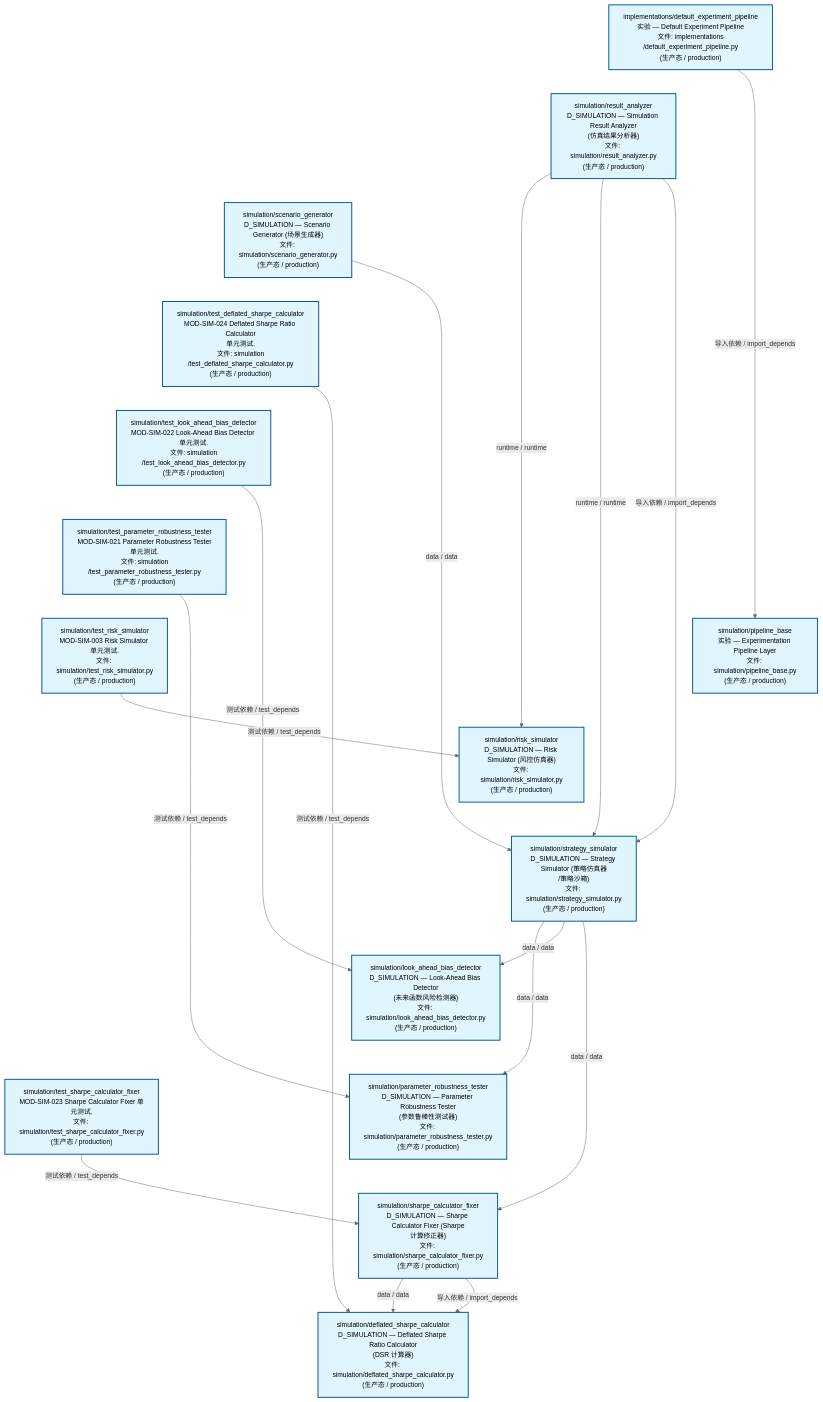
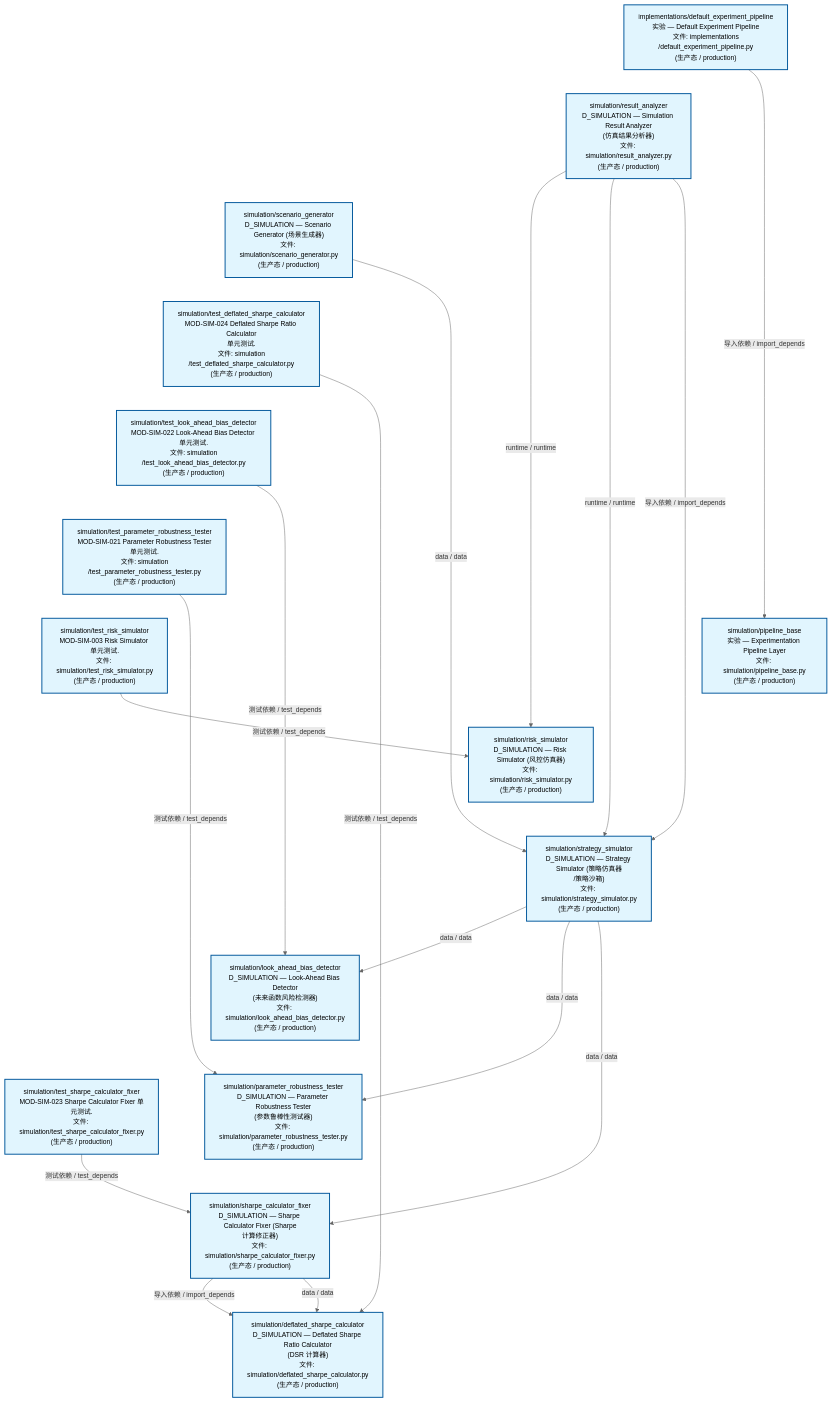
The second of 3 diagrams in docs/02_enterprise_architecture/02_domain_architecture_docs/70_d_simulation.md (xuanFelixVan/ZephyrAlpha), drawn with Mermaid before and after one commit. The commit also changed other lines of this file and 43 other files, not shown here.

````diff
--- a/docs/02_enterprise_architecture/02_domain_architecture_docs/70_d_simulation.md
+++ b/docs/02_enterprise_architecture/02_domain_architecture_docs/70_d_simulation.md
@@ -123,50 +123,50 @@
 ```mermaid
 %%{init: {'theme': 'base', 'themeVariables': {'primaryColor': '#eaeaea', 'primaryTextColor': '#333333', 'primaryBorderColor': '#666666', 'lineColor': '#666666', 'secondaryColor': '#eaeaea', 'tertiaryColor': '#eaeaea', 'fontSize': '14px'}}}%%
 flowchart TD
     src_zephyr_simulation_implementations_default_experiment_pipeline_py["implementations/default_experiment_pipeline<br/>实验 — Default Experiment Pipeline<br/>文件: implementations<br/>/default_experiment_pipeline.py<br/>(生产态 / production)"]
     src_zephyr_simulation_result_analyzer_py["simulation/result_analyzer<br/>D_SIMULATION — Simulation Result Analyzer<br/>(仿真结果分析器)<br/>文件: simulation/result_analyzer.py<br/>(生产态 / production)"]
     src_zephyr_simulation_scenario_generator_py["simulation/scenario_generator<br/>D_SIMULATION — Scenario Generator (场景生成器)<br/>文件: simulation/scenario_generator.py<br/>(生产态 / production)"]
     tests_simulation_test_deflated_sharpe_calculator_py["simulation/test_deflated_sharpe_calculator<br/>MOD-SIM-024 Deflated Sharpe Ratio Calculator<br/>单元测试.<br/>文件: simulation<br/>/test_deflated_sharpe_calculator.py<br/>(生产态 / production)"]
     tests_simulation_test_look_ahead_bias_detector_py["simulation/test_look_ahead_bias_detector<br/>MOD-SIM-022 Look-Ahead Bias Detector 单元测试.<br/>文件: simulation<br/>/test_look_ahead_bias_detector.py<br/>(生产态 / production)"]
     tests_simulation_test_parameter_robustness_tester_py["simulation/test_parameter_robustness_tester<br/>MOD-SIM-021 Parameter Robustness Tester<br/>单元测试.<br/>文件: simulation<br/>/test_parameter_robustness_tester.py<br/>(生产态 / production)"]
     tests_simulation_test_risk_simulator_py["simulation/test_risk_simulator<br/>MOD-SIM-003 Risk Simulator 单元测试.<br/>文件: simulation/test_risk_simulator.py<br/>(生产态 / production)"]
     tests_simulation_test_sharpe_calculator_fixer_py["simulation/test_sharpe_calculator_fixer<br/>MOD-SIM-023 Sharpe Calculator Fixer 单元测试.<br/>文件: simulation/test_sharpe_calculator_fixer.py<br/>(生产态 / production)"]
     src_zephyr_simulation_implementations_default_experiment_pipeline_py ~~~ src_zephyr_simulation_result_analyzer_py
     src_zephyr_simulation_result_analyzer_py ~~~ src_zephyr_simulation_scenario_generator_py
     src_zephyr_simulation_scenario_generator_py ~~~ tests_simulation_test_deflated_sharpe_calculator_py
     tests_simulation_test_deflated_sharpe_calculator_py ~~~ tests_simulation_test_look_ahead_bias_detector_py
     tests_simulation_test_look_ahead_bias_detector_py ~~~ tests_simulation_test_parameter_robustness_tester_py
     tests_simulation_test_parameter_robustness_tester_py ~~~ tests_simulation_test_risk_simulator_py
     tests_simulation_test_risk_simulator_py ~~~ tests_simulation_test_sharpe_calculator_fixer_py
     src_zephyr_simulation_pipeline_base_py["simulation/pipeline_base<br/>实验 — Experimentation Pipeline Layer<br/>文件: simulation/pipeline_base.py<br/>(生产态 / production)"]
     src_zephyr_simulation_risk_simulator_py["simulation/risk_simulator<br/>D_SIMULATION — Risk Simulator (风控仿真器)<br/>文件: simulation/risk_simulator.py<br/>(生产态 / production)"]
     src_zephyr_simulation_strategy_simulator_py["simulation/strategy_simulator<br/>D_SIMULATION — Strategy Simulator (策略仿真器<br/>/策略沙箱)<br/>文件: simulation/strategy_simulator.py<br/>(生产态 / production)"]
     src_zephyr_simulation_pipeline_base_py ~~~ src_zephyr_simulation_risk_simulator_py
     src_zephyr_simulation_risk_simulator_py ~~~ src_zephyr_simulation_strategy_simulator_py
     src_zephyr_simulation_look_ahead_bias_detector_py["simulation/look_ahead_bias_detector<br/>D_SIMULATION — Look-Ahead Bias Detector<br/>(未来函数风险检测器)<br/>文件: simulation/look_ahead_bias_detector.py<br/>(生产态 / production)"]
     src_zephyr_simulation_parameter_robustness_tester_py["simulation/parameter_robustness_tester<br/>D_SIMULATION — Parameter Robustness Tester<br/>(参数鲁棒性测试器)<br/>文件: simulation/parameter_robustness_tester.py<br/>(生产态 / production)"]
     src_zephyr_simulation_sharpe_calculator_fixer_py["simulation/sharpe_calculator_fixer<br/>D_SIMULATION — Sharpe Calculator Fixer (Sharpe<br/>计算修正器)<br/>文件: simulation/sharpe_calculator_fixer.py<br/>(生产态 / production)"]
     src_zephyr_simulation_look_ahead_bias_detector_py ~~~ src_zephyr_simulation_parameter_robustness_tester_py
     src_zephyr_simulation_parameter_robustness_tester_py ~~~ src_zephyr_simulation_sharpe_calculator_fixer_py
     src_zephyr_simulation_deflated_sharpe_calculator_py["simulation/deflated_sharpe_calculator<br/>D_SIMULATION — Deflated Sharpe Ratio Calculator<br/>(DSR 计算器)<br/>文件: simulation/deflated_sharpe_calculator.py<br/>(生产态 / production)"]
     src_zephyr_simulation_result_analyzer_py -->|runtime / runtime| src_zephyr_simulation_risk_simulator_py
     src_zephyr_simulation_result_analyzer_py -->|runtime / runtime| src_zephyr_simulation_strategy_simulator_py
     src_zephyr_simulation_result_analyzer_py -->|导入依赖 / import_depends| src_zephyr_simulation_strategy_simulator_py
+    src_zephyr_simulation_strategy_simulator_py -->|data / data| src_zephyr_simulation_look_ahead_bias_detector_py
+    src_zephyr_simulation_strategy_simulator_py -->|data / data| src_zephyr_simulation_parameter_robustness_tester_py
+    src_zephyr_simulation_strategy_simulator_py -->|data / data| src_zephyr_simulation_sharpe_calculator_fixer_py
+    src_zephyr_simulation_sharpe_calculator_fixer_py -->|导入依赖 / import_depends| src_zephyr_simulation_deflated_sharpe_calculator_py
+    src_zephyr_simulation_sharpe_calculator_fixer_py -->|data / data| src_zephyr_simulation_deflated_sharpe_calculator_py
     src_zephyr_simulation_scenario_generator_py -->|data / data| src_zephyr_simulation_strategy_simulator_py
-    src_zephyr_simulation_sharpe_calculator_fixer_py -->|data / data| src_zephyr_simulation_deflated_sharpe_calculator_py
-    src_zephyr_simulation_sharpe_calculator_fixer_py -->|导入依赖 / import_depends| src_zephyr_simulation_deflated_sharpe_calculator_py
     src_zephyr_simulation_implementations_default_experiment_pipeline_py -->|导入依赖 / import_depends| src_zephyr_simulation_pipeline_base_py
-    src_zephyr_simulation_strategy_simulator_py -->|data / data| src_zephyr_simulation_parameter_robustness_tester_py
-    src_zephyr_simulation_strategy_simulator_py -->|data / data| src_zephyr_simulation_look_ahead_bias_detector_py
-    src_zephyr_simulation_strategy_simulator_py -->|data / data| src_zephyr_simulation_sharpe_calculator_fixer_py
+    tests_simulation_test_parameter_robustness_tester_py -->|测试依赖 / test_depends| src_zephyr_simulation_parameter_robustness_tester_py
     tests_simulation_test_look_ahead_bias_detector_py -->|测试依赖 / test_depends| src_zephyr_simulation_look_ahead_bias_detector_py
-    tests_simulation_test_parameter_robustness_tester_py -->|测试依赖 / test_depends| src_zephyr_simulation_parameter_robustness_tester_py
     tests_simulation_test_deflated_sharpe_calculator_py -->|测试依赖 / test_depends| src_zephyr_simulation_deflated_sharpe_calculator_py
+    tests_simulation_test_sharpe_calculator_fixer_py -->|测试依赖 / test_depends| src_zephyr_simulation_sharpe_calculator_fixer_py
     tests_simulation_test_risk_simulator_py -->|测试依赖 / test_depends| src_zephyr_simulation_risk_simulator_py
-    tests_simulation_test_sharpe_calculator_fixer_py -->|测试依赖 / test_depends| src_zephyr_simulation_sharpe_calculator_fixer_py
     classDef production fill:#e1f5fe,stroke:#01579b,stroke-width:2px,color:#000
     classDef design fill:#fff3e0,stroke:#e65100,stroke-width:2px,color:#000,stroke-dasharray: 5 5
     classDef external_prod fill:#e8f4fd,stroke:#0277bd,stroke-width:1px,color:#000
     classDef external_design fill:#fff8e7,stroke:#ef6c00,stroke-width:1px,color:#000,stroke-dasharray: 5 5
     class src_zephyr_simulation_deflated_sharpe_calculator_py,src_zephyr_simulation_implementations_default_experiment_pipeline_py,src_zephyr_simulation_look_ahead_bias_detector_py,src_zephyr_simulation_parameter_robustness_tester_py,src_zephyr_simulation_pipeline_base_py,src_zephyr_simulation_result_analyzer_py,src_zephyr_simulation_risk_simulator_py,src_zephyr_simulation_scenario_generator_py,src_zephyr_simulation_sharpe_calculator_fixer_py,src_zephyr_simulation_strategy_simulator_py,tests_simulation_test_deflated_sharpe_calculator_py,tests_simulation_test_look_ahead_bias_detector_py,tests_simulation_test_parameter_robustness_tester_py,tests_simulation_test_risk_simulator_py,tests_simulation_test_sharpe_calculator_fixer_py production
 ```
````
